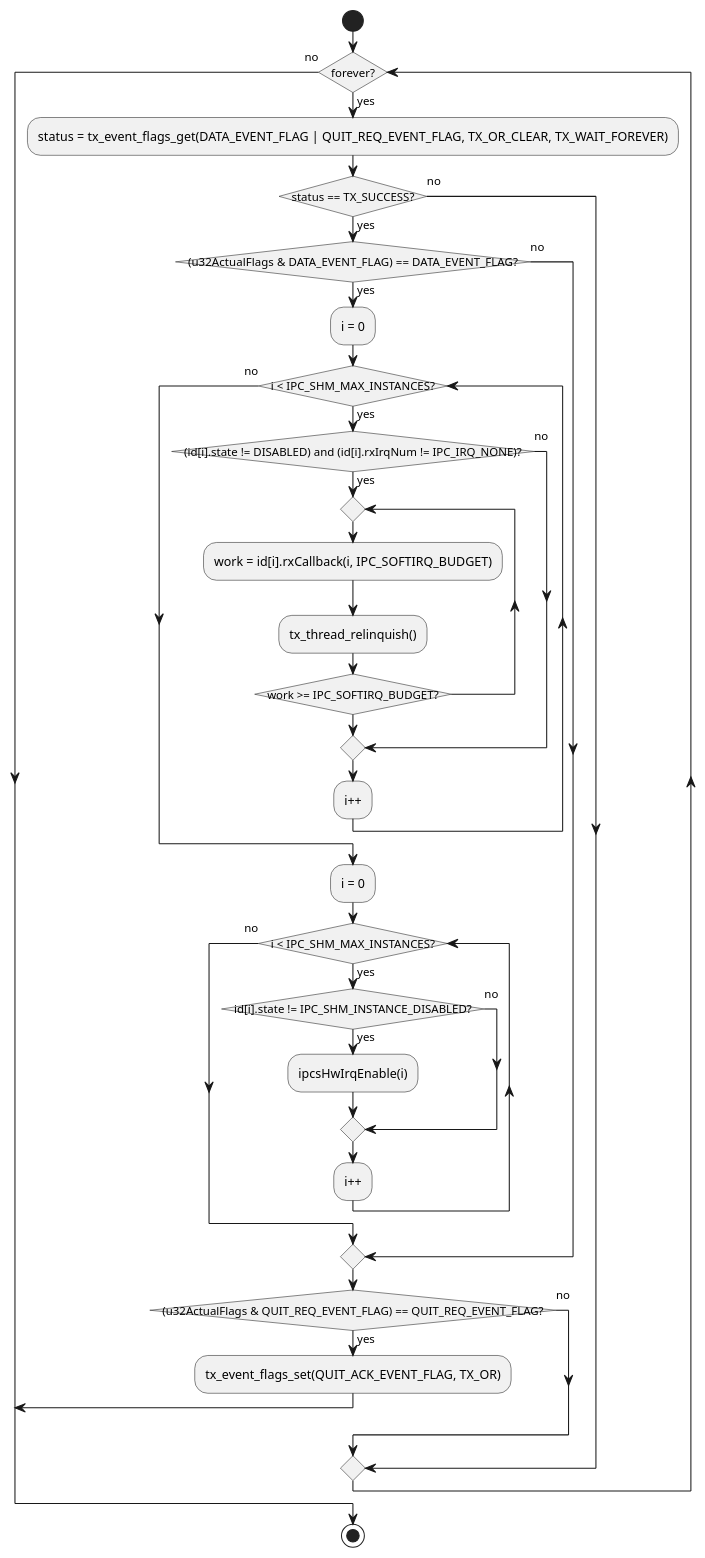
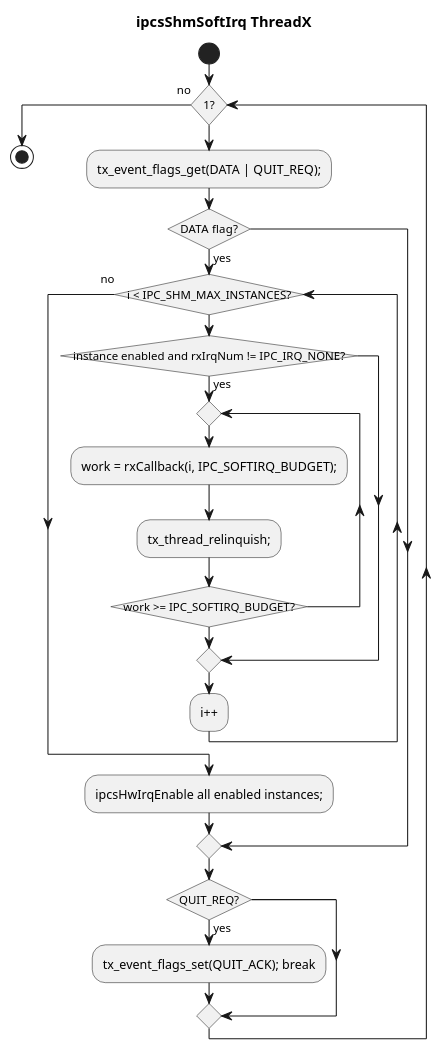
The diagram in c1_sdd_linux-ipcs/cursor_tmp/flow_umls/tx_3_4_58.puml (Mastang1/sad_sdd_proj), drawn with PlantUML before and after one commit. The commit also changed 40 other files, not shown here.

Commit message:
fix the endif error in flow

```diff
--- a/c1_sdd_linux-ipcs/cursor_tmp/flow_umls/tx_3_4_58.puml
+++ b/c1_sdd_linux-ipcs/cursor_tmp/flow_umls/tx_3_4_58.puml
@@ -1,40 +1,26 @@
 @startuml
 !pragma layout smetana
 skinparam conditionStyle insideDiamond
 skinparam linetype ortho
+title ipcsShmSoftIrq ThreadX
 start
-while (forever?) is (yes)
-  :status = tx_event_flags_get(DATA_EVENT_FLAG | QUIT_REQ_EVENT_FLAG, TX_OR_CLEAR, TX_WAIT_FOREVER);
-  if (status == TX_SUCCESS?) then (yes)
-    if ((u32ActualFlags & DATA_EVENT_FLAG) == DATA_EVENT_FLAG?) then (yes)
-      :i = 0;
-      while (i < IPC_SHM_MAX_INSTANCES?) is (yes)
-        if ((id[i].state != DISABLED) and (id[i].rxIrqNum != IPC_IRQ_NONE)?) then (yes)
-          repeat
-            :work = id[i].rxCallback(i, IPC_SOFTIRQ_BUDGET);
-            :tx_thread_relinquish();
-          repeat while (work >= IPC_SOFTIRQ_BUDGET?) is (yes)
-        else (no)
-        endif
-        :i++;
-      endwhile (no)
-      :i = 0;
-      while (i < IPC_SHM_MAX_INSTANCES?) is (yes)
-        if (id[i].state != IPC_SHM_INSTANCE_DISABLED?) then (yes)
-          :ipcsHwIrqEnable(i);
-        else (no)
-        endif
-        :i++;
-      endwhile (no)
-    else (no)
-    endif
-    if ((u32ActualFlags & QUIT_REQ_EVENT_FLAG) == QUIT_REQ_EVENT_FLAG?) then (yes)
-      :tx_event_flags_set(QUIT_ACK_EVENT_FLAG, TX_OR);
-      break
-    else (no)
-    endif
-  else (no)
+while (1?)
+  :tx_event_flags_get(DATA | QUIT_REQ);;
+  if (DATA flag?) then (yes)
+    while (i < IPC_SHM_MAX_INSTANCES?)
+      if (instance enabled and rxIrqNum != IPC_IRQ_NONE?) then (yes)
+        repeat
+          :work = rxCallback(i, IPC_SOFTIRQ_BUDGET);;
+          :tx_thread_relinquish;;
+        repeat while (work >= IPC_SOFTIRQ_BUDGET?) is (yes)
+      endif
+      :i++;
+    endwhile (no)
+    :ipcsHwIrqEnable all enabled instances;;
+  endif
+  if (QUIT_REQ?) then (yes)
+    :tx_event_flags_set(QUIT_ACK); break;
   endif
 endwhile (no)
 stop
 @enduml
```
